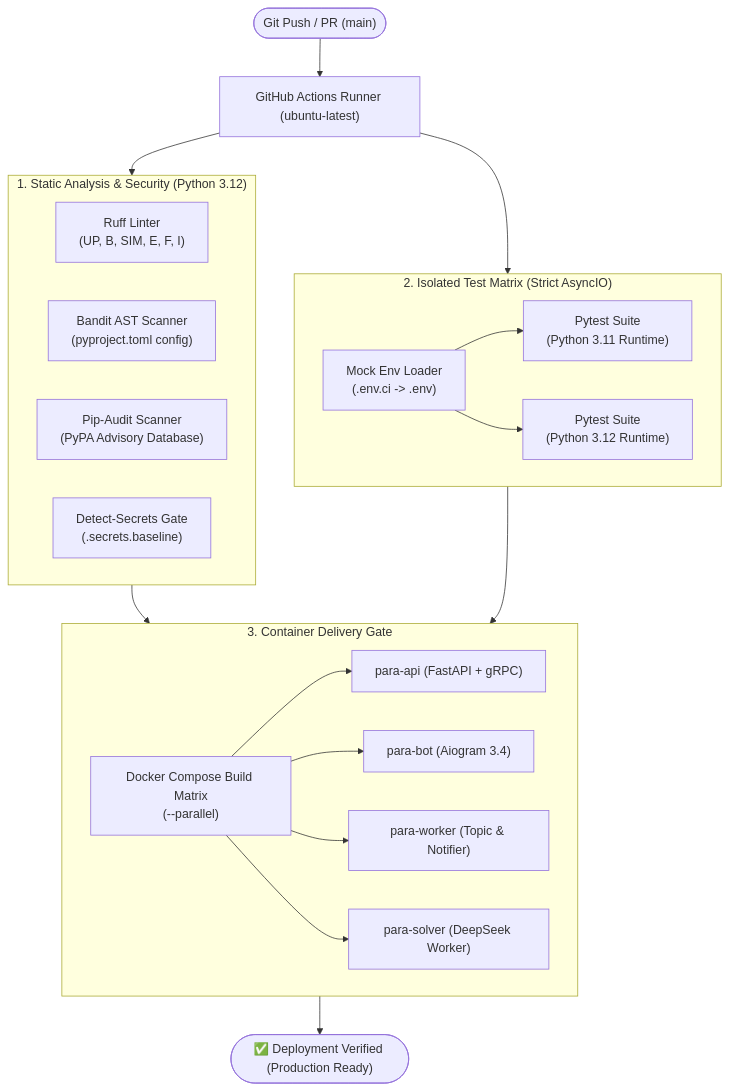
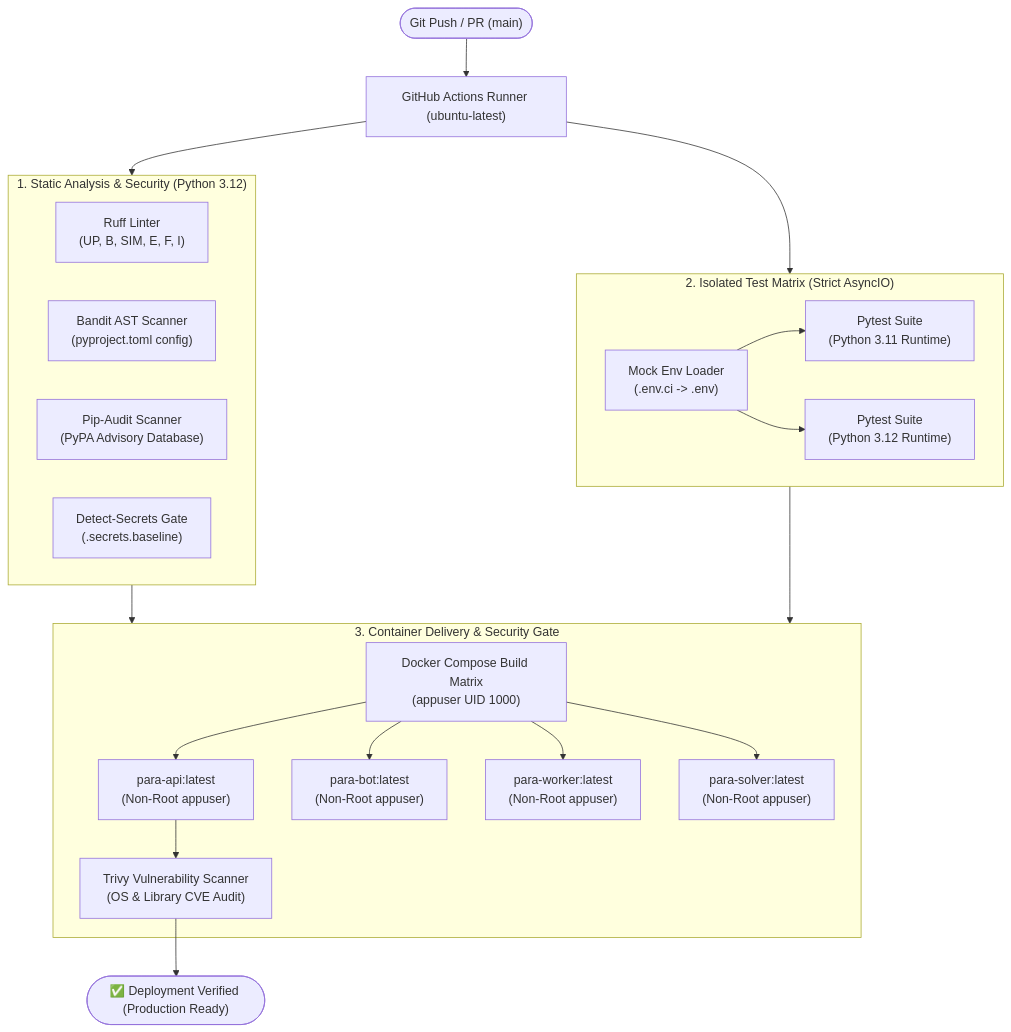
One commit to Utkautka1/para changed diagram 35 of 39 in docs/UML.md. Above: the diagram before and after it, drawn with Mermaid. The commit also changed 7 other files, not shown here.

First line of the commit message:
feat(security): enforce non-root appuser in Dockerfiles and add Trivy security gate in CI

````diff
--- a/docs/UML.md
+++ b/docs/UML.md
@@ -2386,40 +2386,42 @@
 ```mermaid
 flowchart TD
     GitPush(["Git Push / PR (main)"]) --> Trigger["GitHub Actions Runner (ubuntu-latest)"]
 
     subgraph Stage1["1. Static Analysis & Security (Python 3.12)"]
         Ruff["Ruff Linter\n(UP, B, SIM, E, F, I)"]
         Bandit["Bandit AST Scanner\n(pyproject.toml config)"]
         PipAudit["Pip-Audit Scanner\n(PyPA Advisory Database)"]
         DetectSecrets["Detect-Secrets Gate\n(.secrets.baseline)"]
     end
 
     subgraph Stage2["2. Isolated Test Matrix (Strict AsyncIO)"]
         Py311["Pytest Suite\n(Python 3.11 Runtime)"]
         Py312["Pytest Suite\n(Python 3.12 Runtime)"]
         EnvCI["Mock Env Loader\n(.env.ci -> .env)"]
     end
 
-    subgraph Stage3["3. Container Delivery Gate"]
-        DockerBuild["Docker Compose Build Matrix\n(--parallel)"]
-        SrvApi["para-api (FastAPI + gRPC)"]
-        SrvBot["para-bot (Aiogram 3.4)"]
-        SrvWorker["para-worker (Topic & Notifier)"]
-        SrvSolver["para-solver (DeepSeek Worker)"]
+    subgraph Stage3["3. Container Delivery & Security Gate"]
+        DockerBuild["Docker Compose Build Matrix\n(appuser UID 1000)"]
+        SrvApi["para-api:latest\n(Non-Root appuser)"]
+        SrvBot["para-bot:latest\n(Non-Root appuser)"]
+        SrvWorker["para-worker:latest\n(Non-Root appuser)"]
+        SrvSolver["para-solver:latest\n(Non-Root appuser)"]
+        TrivyScan["Trivy Vulnerability Scanner\n(OS & Library CVE Audit)"]
     end
 
     Trigger --> Stage1
     Trigger --> Stage2
     Stage1 --> Stage3
     Stage2 --> Stage3
 
     EnvCI --> Py311
     EnvCI --> Py312
 
     DockerBuild --> SrvApi
     DockerBuild --> SrvBot
     DockerBuild --> SrvWorker
     DockerBuild --> SrvSolver
+    SrvApi --> TrivyScan
 
-    Stage3 --> Success(["✅ Deployment Verified (Production Ready)"])
+    TrivyScan --> Success(["✅ Deployment Verified (Production Ready)"])
 ```
````
